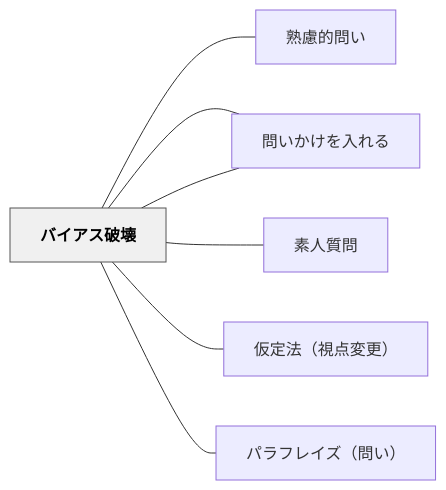
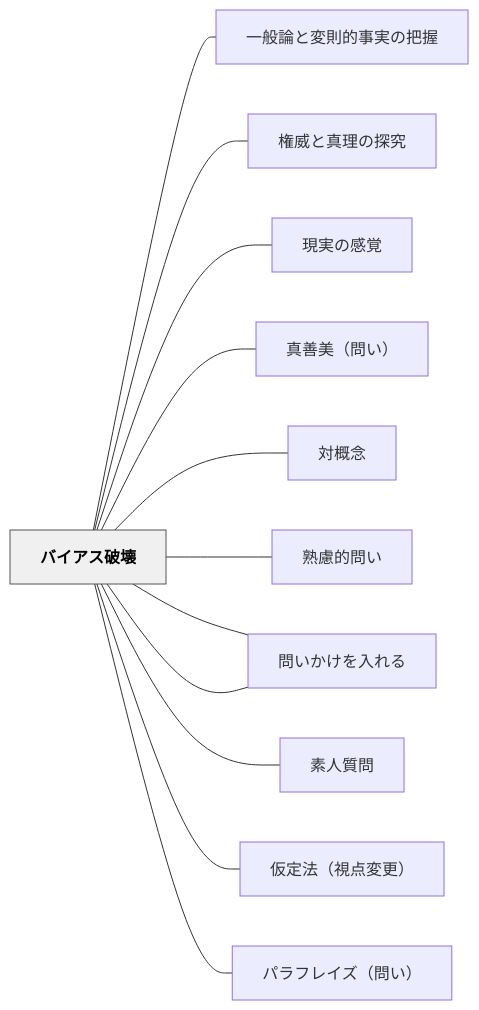
The diagram in content/パタン/バイアス破壊.md (unknownthings-ed-patterns/unknownthings-ed-patterns), drawn with Mermaid before and after one commit. The commit also changed other lines of this file and 473 other files, not shown here.

````diff
--- a/content/パタン/バイアス破壊.md
+++ b/content/パタン/バイアス破壊.md
@@ -71,20 +76,30 @@
 ```mermaid
 flowchart LR
     ne38390e382a4["バイアス破壊"]
+    ne4b880e888ac["一般論と変則的事実の把握"]
+    ne6a8a9e5a881["権威と真理の探究"]
+    ne78fbee5ae9f["現実の感覚"]
+    ne79c9fe59684["真善美（問い）"]
+    ne5afbee6a682["対概念"]
     ne7869fe685ae["熟慮的問い"]
     ne5958fe38184["問いかけの見立て"]
     ne5958fe38184["問いかけを入れる"]
     ne7b4a0e4baba["素人質問"]
     ne4bbaee5ae9a["仮定法（視点変更）"]
     ne38391e383a9["パラフレイズ（問い）"]
 
+    ne38390e382a4 --- ne4b880e888ac
+    ne38390e382a4 --- ne6a8a9e5a881
+    ne38390e382a4 --- ne78fbee5ae9f
+    ne38390e382a4 --- ne79c9fe59684
+    ne38390e382a4 --- ne5afbee6a682
     ne38390e382a4 --- ne7869fe685ae
     ne38390e382a4 --- ne5958fe38184
     ne38390e382a4 --- ne5958fe38184
     ne38390e382a4 --- ne7b4a0e4baba
     ne38390e382a4 --- ne4bbaee5ae9a
     ne38390e382a4 --- ne38391e383a9
 
     classDef hub fill:#f0f0f0,stroke:#555,color:#000,font-weight:bold
     class ne38390e382a4 hub
 ```
````
